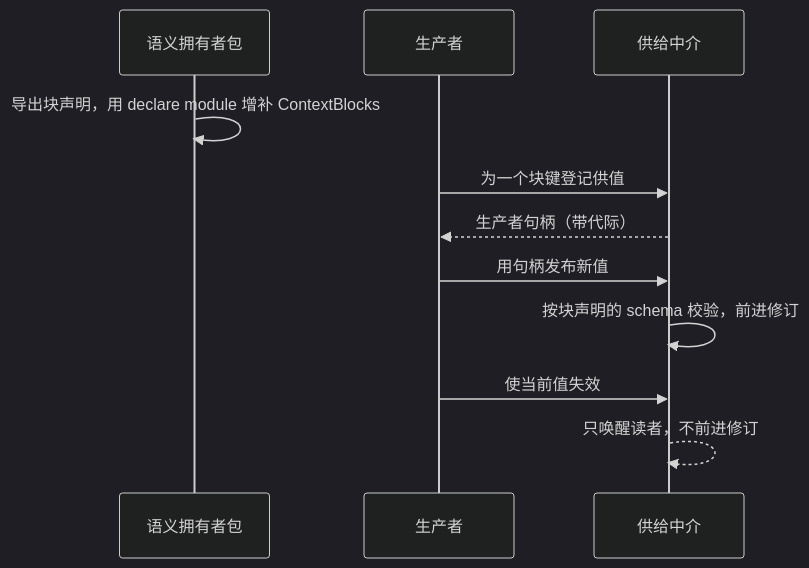
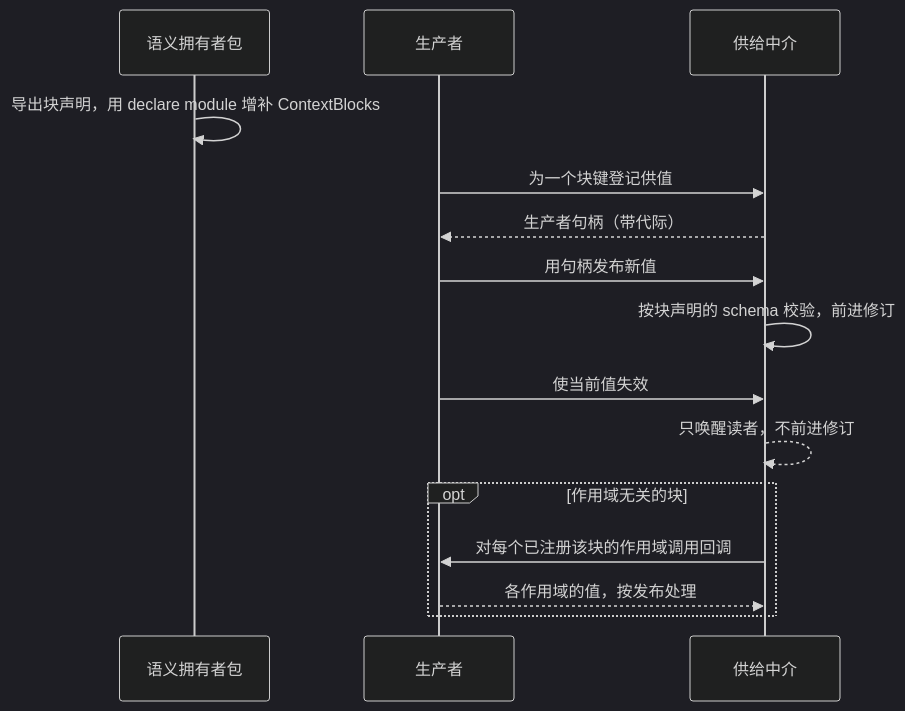
One commit to nemori-ai/omne-harness-lite changed the first of 8 diagrams in packages/context/runtime-context-contract/docs/flows.md. Above: the diagram before and after it, drawn with Mermaid (dark theme). The commit also changed other lines of this file and 43 other files, not shown here.

````diff
--- a/packages/context/runtime-context-contract/docs/flows.md
+++ b/packages/context/runtime-context-contract/docs/flows.md
@@ -17,13 +17,17 @@
 ```mermaid
 sequenceDiagram
   participant O as 语义拥有者包
   participant P as 生产者
   participant M as 供给中介
   O->>O: 导出块声明，用 declare module 增补 ContextBlocks
   P->>M: 为一个块键登记供值
   M-->>P: 生产者句柄（带代际）
   P->>M: 用句柄发布新值
   M->>M: 按块声明的 schema 校验，前进修订
   P->>M: 使当前值失效
   M-->>M: 只唤醒读者，不前进修订
+  opt 作用域无关的块
+    M->>P: 对每个已注册该块的作用域调用回调
+    P-->>M: 各作用域的值，按发布处理
+  end
 ```
````
